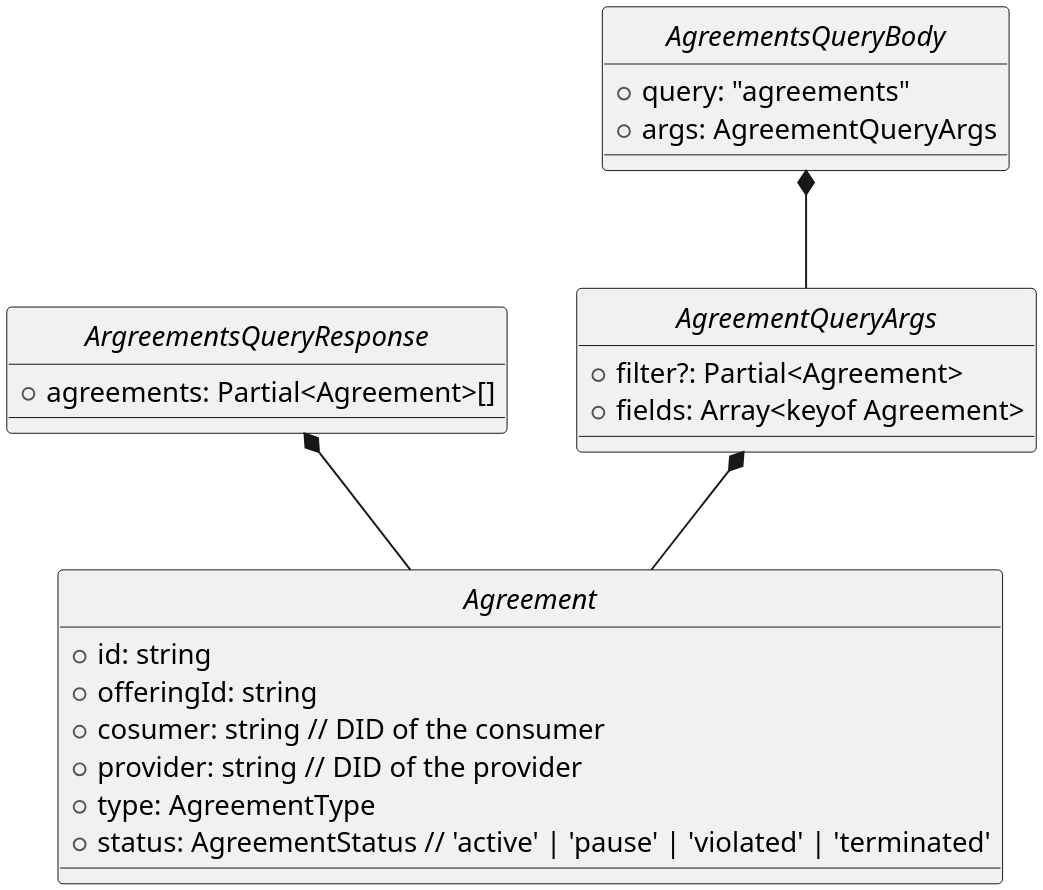
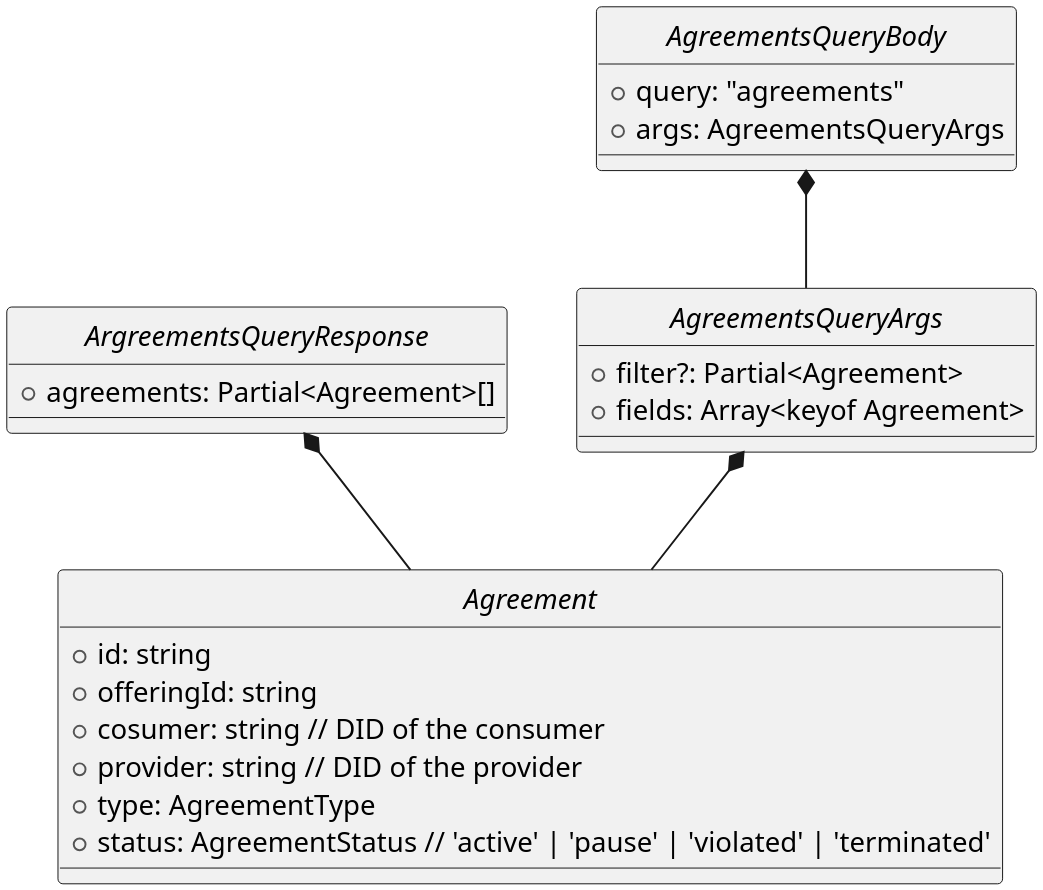
The diagram in diagrams/src/agreements-classes.plantuml (i3-Market-V3-Public-Repository/SP3-SCGBSSW-I3mScm), drawn with PlantUML before and after one commit. The commit also changed 2 other files, not shown here.

```diff
--- a/diagrams/src/agreements-classes.plantuml
+++ b/diagrams/src/agreements-classes.plantuml
@@ -1,35 +1,35 @@
 @startuml agreements-classes
 skinparam Shadowing false
 skinparam DefaultFontName Bitstream Vera Sans
 skinparam DefaultMonospacedFontName Bitstream Vera Sans Mono
 skinparam SequenceMessageAlign direction
 skinparam MaxMessageSize 250
 skinparam Style strictuml
 skinparam Monochrome true
 skinparam Dpi 300
 
 hide footbox
 
-interface AgreementQueryArgs {
+interface AgreementsQueryArgs {
     +filter?: Partial<Agreement>
     +fields: Array<keyof Agreement>
 }
 interface AgreementsQueryBody {
     +query: "agreements"
-    +args: AgreementQueryArgs
+    +args: AgreementsQueryArgs
 }
 interface ArgreementsQueryResponse {
     +agreements: Partial<Agreement>[]
 }
 interface Agreement {
     +id: string
     +offeringId: string
     +cosumer: string // DID of the consumer
     +provider: string // DID of the provider
     +type: AgreementType
     +status: AgreementStatus // 'active' | 'pause' | 'violated' | 'terminated'
 }
-AgreementQueryArgs *-- Agreement
-AgreementsQueryBody *-- AgreementQueryArgs
+AgreementsQueryArgs *-- Agreement
+AgreementsQueryBody *-- AgreementsQueryArgs
 ArgreementsQueryResponse *-- Agreement
 @enduml
```
